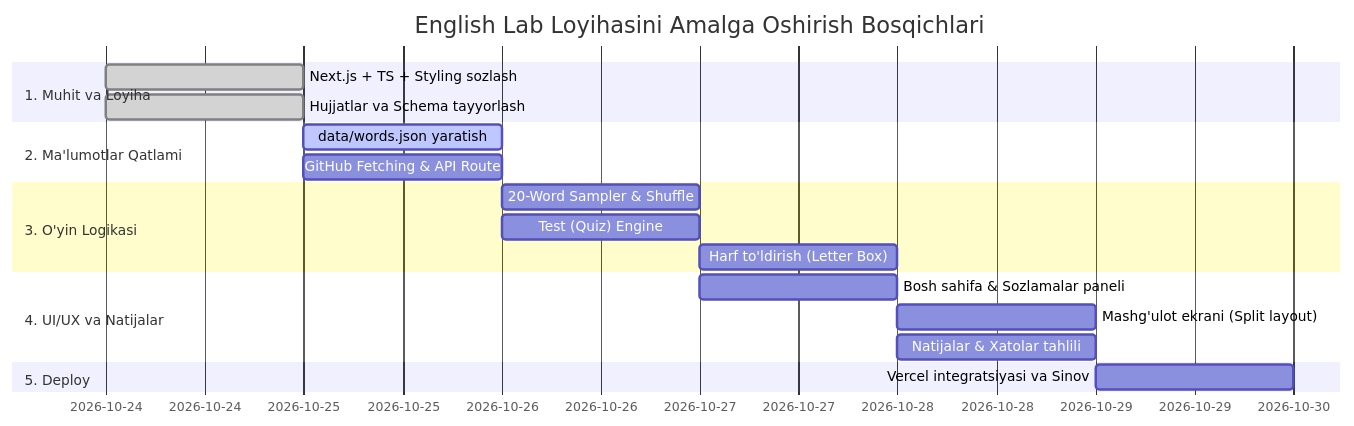
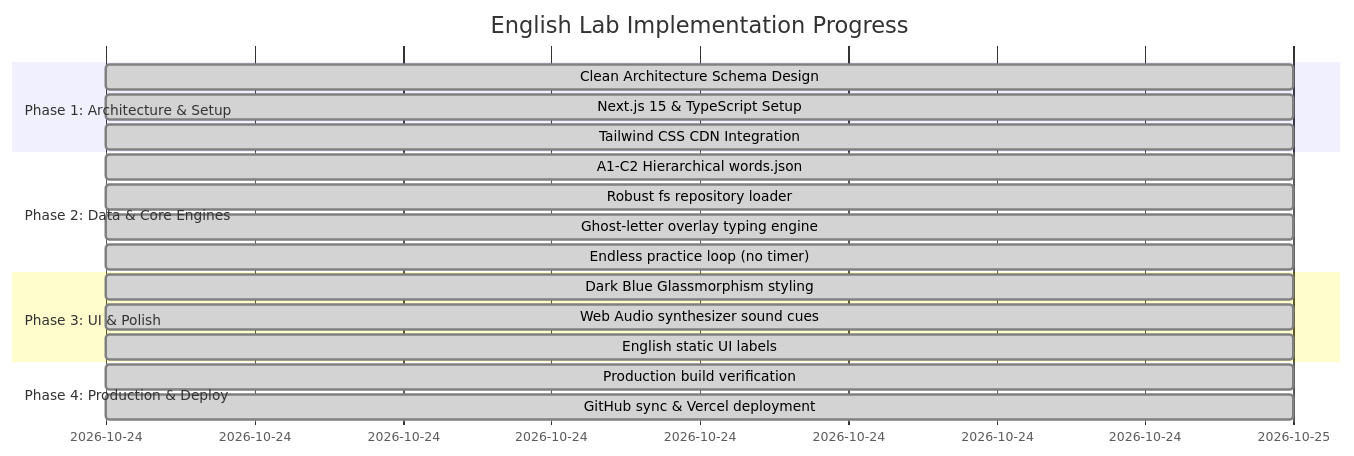
One commit to muzaffarbekmustafayev/english-lab changed the diagram in documents/06_roadmap.md. Above: the diagram before and after it, drawn with Mermaid. The commit also changed other lines of this file and 7 other files, not shown here.

````diff
--- a/documents/06_roadmap.md
+++ b/documents/06_roadmap.md
@@ -5,21 +5,21 @@
 ```mermaid
 gantt
-    title English Lab Loyihasini Amalga Oshirish Bosqichlari
+    title English Lab Implementation Progress
     dateFormat  YYYY-MM-DD
-    section 1. Muhit va Loyiha
-    Next.js + TS + Styling sozlash     :done, 2026-10-24, 1d
-    Hujjatlar va Schema tayyorlash     :done, 2026-10-24, 1d
-    section 2. Ma'lumotlar Qatlami
-    data/words.json yaratish           :active, 2026-10-25, 1d
-    GitHub Fetching & API Route        :2026-10-25, 1d
-    section 3. O'yin Logikasi
-    20-Word Sampler & Shuffle          :2026-10-26, 1d
-    Test (Quiz) Engine                 :2026-10-26, 1d
-    Harf to'ldirish (Letter Box)       :2026-10-27, 1d
-    section 4. UI/UX va Natijalar
-    Bosh sahifa & Sozlamalar paneli    :2026-10-27, 1d
-    Mashg'ulot ekrani (Split layout)   :2026-10-28, 1d
-    Natijalar & Xatolar tahlili        :2026-10-28, 1d
-    section 5. Deploy
-    Vercel integratsiyasi va Sinov     :2026-10-29, 1d
+    section Phase 1: Architecture & Setup
+    Clean Architecture Schema Design   :done, 2026-10-24, 1d
+    Next.js 15 & TypeScript Setup      :done, 2026-10-24, 1d
+    Tailwind CSS CDN Integration       :done, 2026-10-24, 1d
+    section Phase 2: Data & Core Engines
+    A1-C2 Hierarchical words.json      :done, 2026-10-24, 1d
+    Robust fs repository loader        :done, 2026-10-24, 1d
+    Ghost-letter overlay typing engine :done, 2026-10-24, 1d
+    Endless practice loop (no timer)   :done, 2026-10-24, 1d
+    section Phase 3: UI & Polish
+    Dark Blue Glassmorphism styling    :done, 2026-10-24, 1d
+    Web Audio synthesizer sound cues   :done, 2026-10-24, 1d
+    English static UI labels           :done, 2026-10-24, 1d
+    section Phase 4: Production & Deploy
+    Production build verification      :done, 2026-10-24, 1d
+    GitHub sync & Vercel deployment    :done, 2026-10-24, 1d
 ```
````
